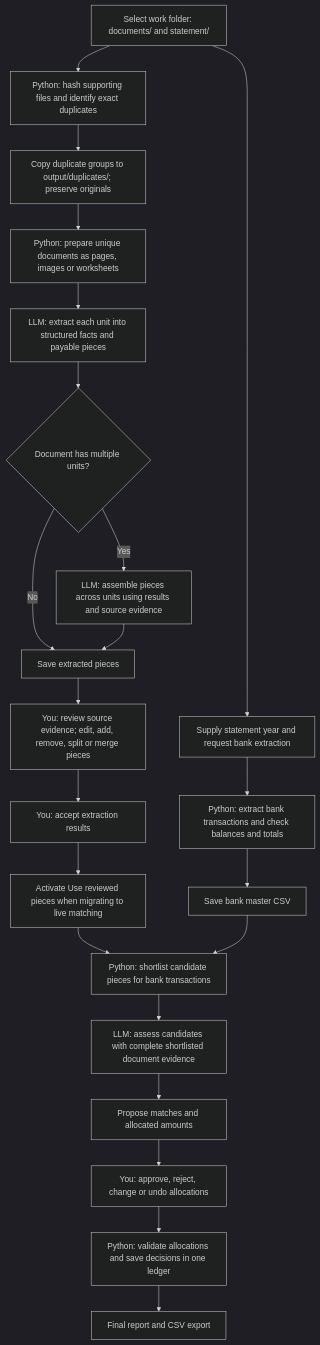
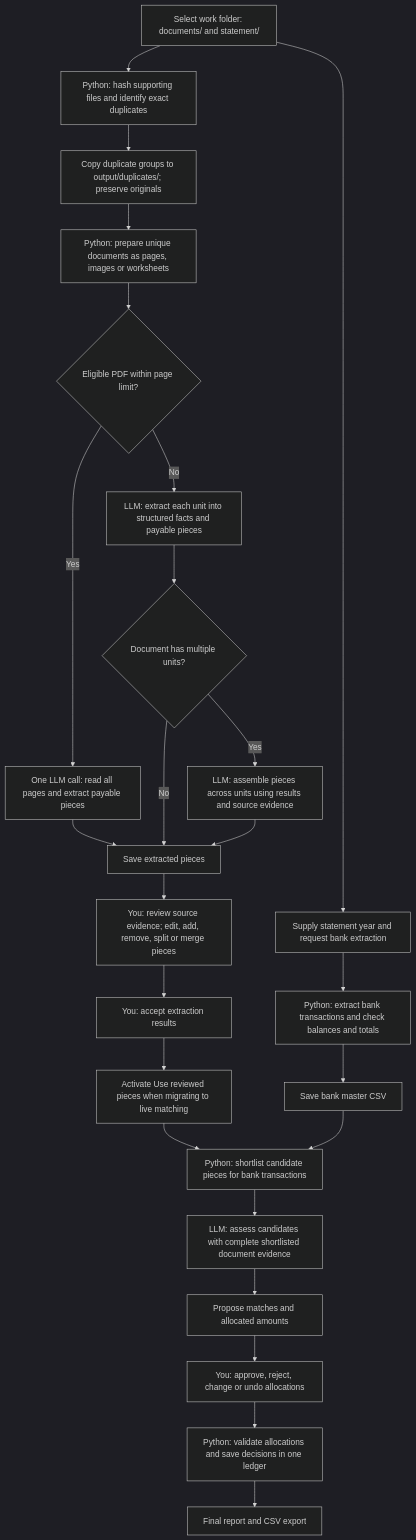
The diagram in docs/EXTRACTION_FLOW_REVIEW.md (jingjjjjjie/bank-statement-reconcilation), drawn with Mermaid (dark theme) before and after one commit. The commit also changed other lines of this file and 28 other files, not shown here.

Commit message:
Read short PDFs in one request and normalize currency aliases

````diff
--- a/docs/EXTRACTION_FLOW_REVIEW.md
+++ b/docs/EXTRACTION_FLOW_REVIEW.md
@@ -9,26 +9,29 @@
 ```mermaid
 flowchart TD
     A["Select work folder: documents/ and statement/"] --> B["Python: hash supporting files and identify exact duplicates"]
     B --> C["Copy duplicate groups to output/duplicates/; preserve originals"]
     C --> D["Python: prepare unique documents as pages, images or worksheets"]
-    D --> E["LLM: extract each unit into structured facts and payable pieces"]
+    D --> W{"Eligible PDF within page limit?"}
+    W -->|Yes| X["One LLM call: read all pages and extract payable pieces"]
+    X --> H["Save extracted pieces"]
+    W -->|No| E["LLM: extract each unit into structured facts and payable pieces"]
     E --> F{"Document has multiple units?"}
     F -->|No| H["Save extracted pieces"]
     F -->|Yes| G["LLM: assemble pieces across units using results and source evidence"]
     G --> H
     H --> I["You: review source evidence; edit, add, remove, split or merge pieces"]
     I --> J["You: accept extraction results"]
 
     A --> K["Supply statement year and request bank extraction"]
     K --> L["Python: extract bank transactions and check balances and totals"]
     L --> M["Save bank master CSV"]
 
     J --> N["Activate Use reviewed pieces when migrating to live matching"]
     N --> O["Python: shortlist candidate pieces for bank transactions"]
     M --> O
     O --> P["LLM: assess candidates with complete shortlisted document evidence"]
     P --> Q["Propose matches and allocated amounts"]
     Q --> R["You: approve, reject, change or undo allocations"]
     R --> S["Python: validate allocations and save decisions in one ledger"]
     S --> T["Final report and CSV export"]
 ```
````
